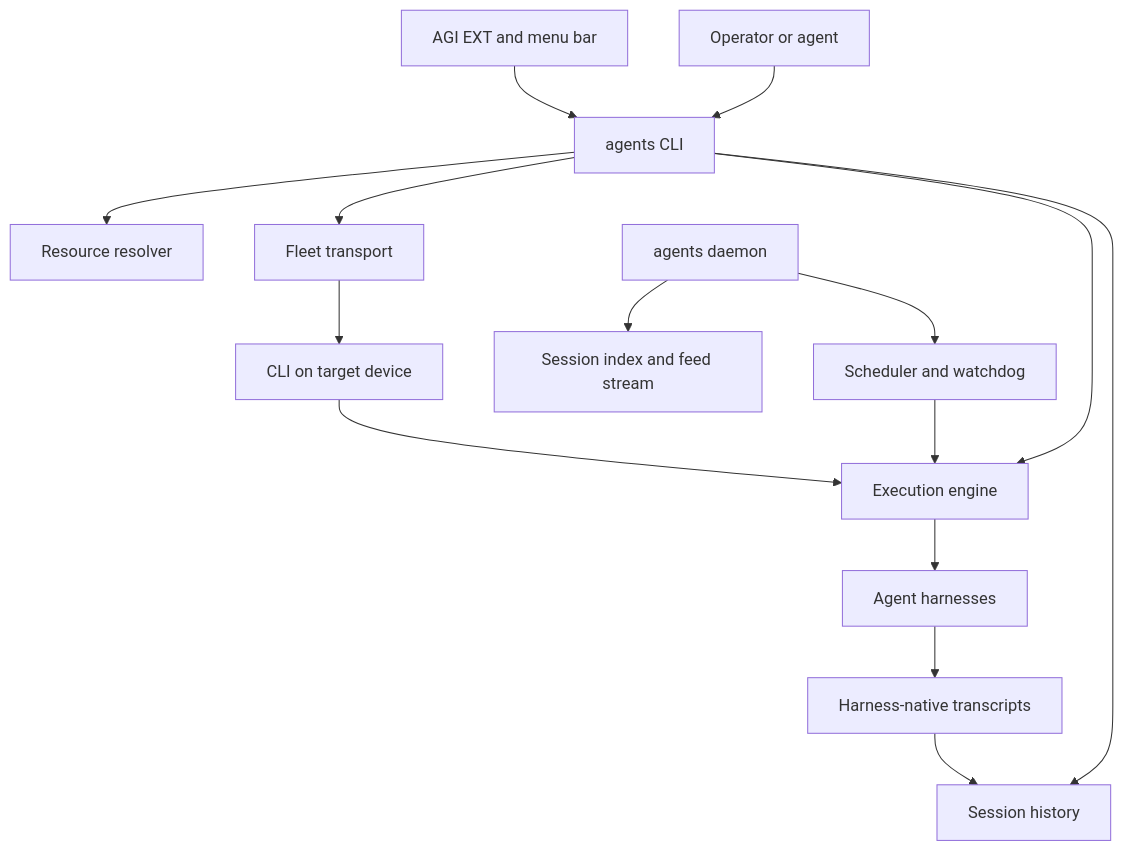
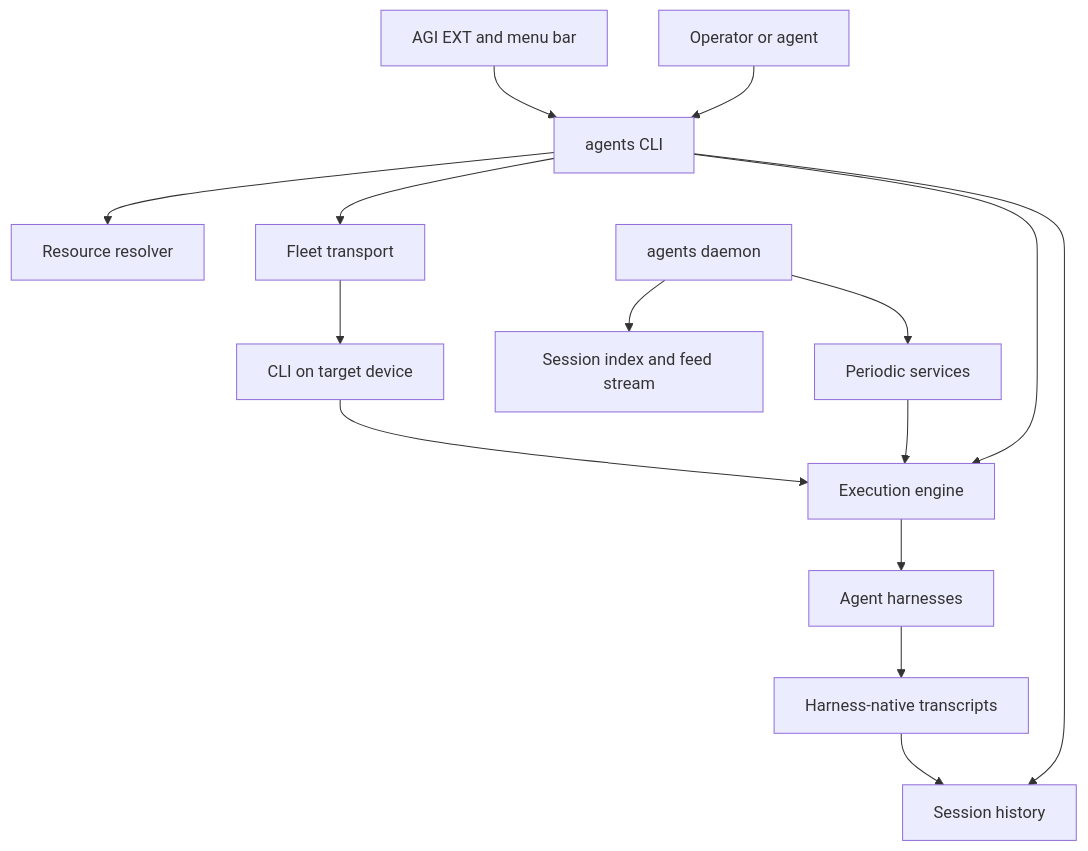
One commit to phnx-labs/agi-cli changed the first of 2 diagrams in cli/docs/architecture.md. Above: the diagram before and after it, drawn with Mermaid. The commit also changed other lines of this file and 81 other files, not shown here.

````diff
--- a/cli/docs/architecture.md
+++ b/cli/docs/architecture.md
@@ -8,17 +8,17 @@
 ```mermaid
 flowchart TB
   U[Operator or agent] --> CLI[agents CLI]
   EXT[AGI EXT and menu bar] --> CLI
   CLI --> RES[Resource resolver]
   CLI --> EXEC[Execution engine]
   CLI --> SES[Session history]
   CLI --> FLEET[Fleet transport]
-  D[agents daemon] --> AUTO[Scheduler and watchdog]
+  D[agents daemon] --> AUTO[Periodic services]
   D --> RM[Session index and feed stream]
   AUTO --> EXEC
   EXEC --> H[Agent harnesses]
   H --> TR[Harness-native transcripts]
   TR --> SES
   FLEET --> REMOTE[CLI on target device]
   REMOTE --> EXEC
 ```
````
